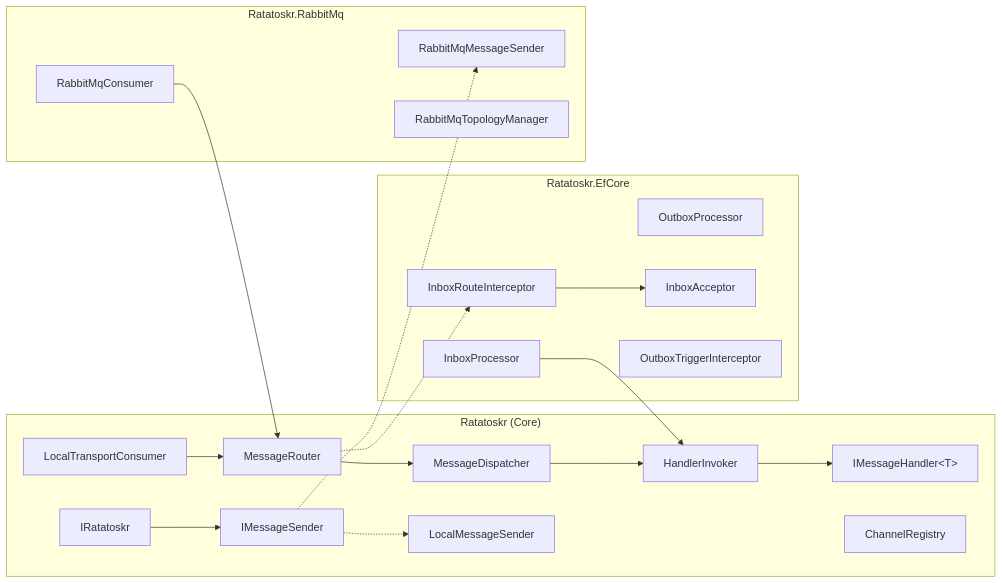
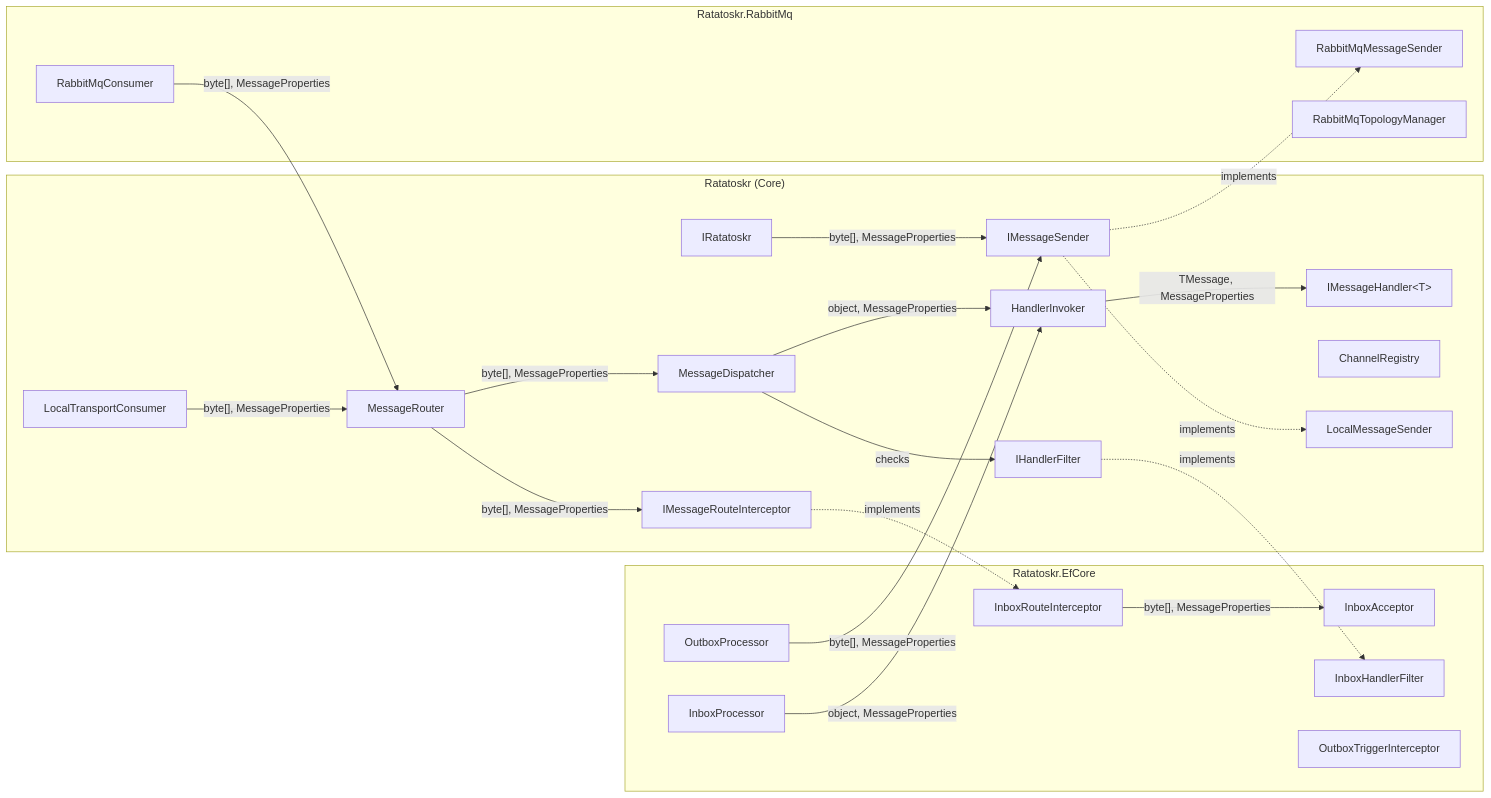
Before and after one commit to saithis/Ratatoskr: the first of 9 diagrams in docs/architecture.md, drawn with Mermaid. The commit also changed other lines of this file and 8 other files, not shown here.

````diff
--- a/docs/architecture.md
+++ b/docs/architecture.md
@@ -7,40 +7,47 @@
 ```mermaid
 graph LR
     subgraph Core ["Ratatoskr (Core)"]
         IRatatoskr["IRatatoskr"]
         IMessageSender["IMessageSender"]
         IMessageHandler["IMessageHandler&lt;T&gt;"]
+        IRouteInterceptor["IMessageRouteInterceptor"]
+        IHandlerFilter["IHandlerFilter"]
         MessageRouter["MessageRouter"]
         MessageDispatcher["MessageDispatcher"]
         HandlerInvoker["HandlerInvoker"]
         ChannelRegistry["ChannelRegistry"]
         LocalSender["LocalMessageSender"]
         LocalConsumer["LocalTransportConsumer"]
     end
 
     subgraph EfCore ["Ratatoskr.EfCore"]
         OutboxProcessor["OutboxProcessor"]
         InboxProcessor["InboxProcessor"]
         InboxAcceptor["InboxAcceptor"]
         InboxInterceptor["InboxRouteInterceptor"]
+        InboxFilter["InboxHandlerFilter"]
         OutboxInterceptor["OutboxTriggerInterceptor"]
     end
 
     subgraph RabbitMq ["Ratatoskr.RabbitMq"]
         RmqSender["RabbitMqMessageSender"]
         RmqConsumer["RabbitMqConsumer"]
         TopologyManager["RabbitMqTopologyManager"]
     end
 
-    IRatatoskr --> IMessageSender
-    IMessageSender -.-> LocalSender
-    IMessageSender -.-> RmqSender
-    LocalConsumer --> MessageRouter
-    RmqConsumer --> MessageRouter
-    MessageRouter -.-> InboxInterceptor
-    InboxInterceptor --> InboxAcceptor
-    MessageRouter --> MessageDispatcher
-    MessageDispatcher --> HandlerInvoker
-    InboxProcessor --> HandlerInvoker
-    HandlerInvoker --> IMessageHandler
+    IRatatoskr -->|"byte[], MessageProperties"| IMessageSender
+    IMessageSender -.->|"implements"| LocalSender
+    IMessageSender -.->|"implements"| RmqSender
+    LocalConsumer -->|"byte[], MessageProperties"| MessageRouter
+    RmqConsumer -->|"byte[], MessageProperties"| MessageRouter
+    MessageRouter -->|"byte[], MessageProperties"| IRouteInterceptor
+    IRouteInterceptor -.->|"implements"| InboxInterceptor
+    InboxInterceptor -->|"byte[], MessageProperties"| InboxAcceptor
+    MessageRouter -->|"byte[], MessageProperties"| MessageDispatcher
+    MessageDispatcher -->|"checks"| IHandlerFilter
+    IHandlerFilter -.->|"implements"| InboxFilter
+    MessageDispatcher -->|"object, MessageProperties"| HandlerInvoker
+    InboxProcessor -->|"object, MessageProperties"| HandlerInvoker
+    OutboxProcessor -->|"byte[], MessageProperties"| IMessageSender
+    HandlerInvoker -->|"TMessage, MessageProperties"| IMessageHandler
 ```
````
